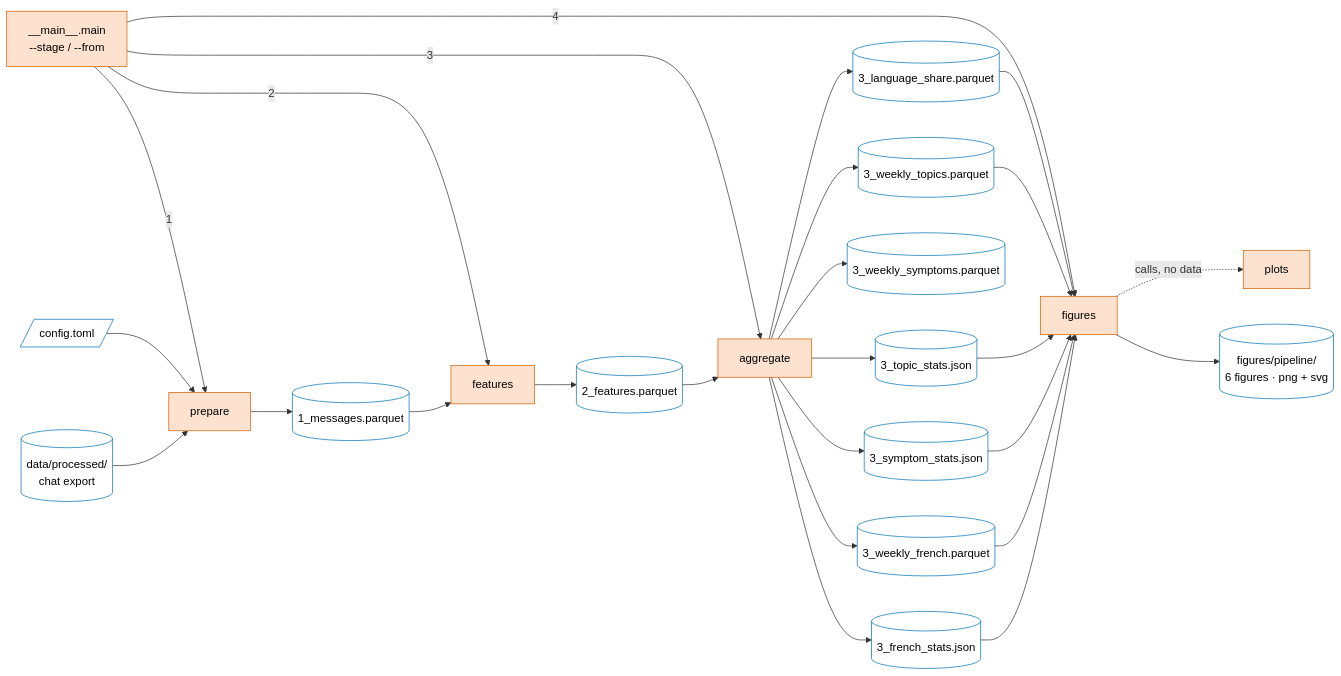
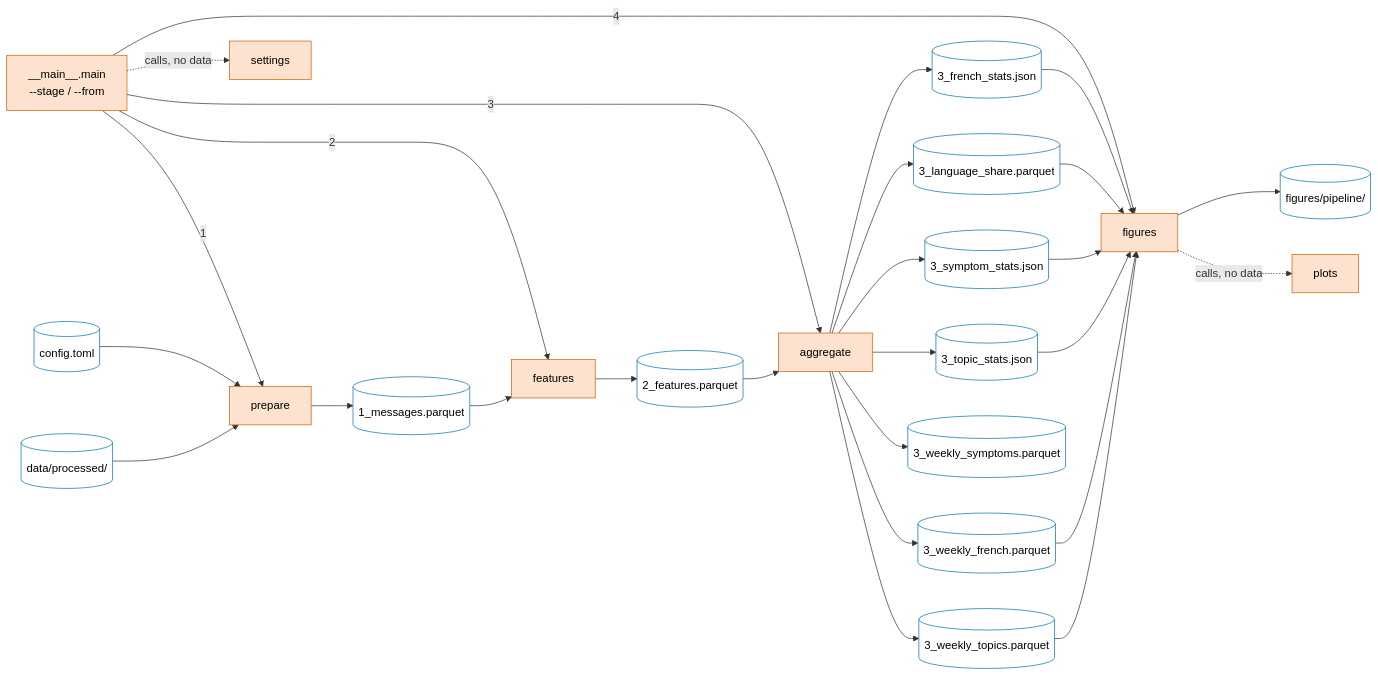
The second of 2 diagrams in roos_pipeline/README.md (RoosCocolien/MADS-DAV), drawn with Mermaid before and after one commit. The commit also changed other lines of this file and 3 other files, not shown here.

Commit message:
readme: automatically redraws atlas flowchart

````diff
--- a/roos_pipeline/README.md
+++ b/roos_pipeline/README.md
@@ -107,42 +108,54 @@
 ```mermaid
 flowchart LR
     main["__main__.main<br/>--stage / --from"]
-    cfg[/"config.toml"/]
-    raw[("data/processed/<br/>chat export")]
-
     prepare["prepare"]
     features["features"]
     aggregate["aggregate"]
     figures["figures"]
     plots["plots"]
-
-    m1[("1_messages.parquet")]
-    f2[("2_features.parquet")]
-    t_lang[("3_language_share.parquet")]
-    t_top[("3_weekly_topics.parquet")]
-    t_tstat[("3_topic_stats.json")]
-    t_sym[("3_weekly_symptoms.parquet")]
-    t_sstat[("3_symptom_stats.json")]
-    t_fr[("3_weekly_french.parquet")]
-    t_frstat[("3_french_stats.json")]
-    out[("figures/pipeline/<br/>6 figures · png + svg")]
+    settings["settings"]
+    p_config_toml[("config.toml")]
+    p_data_processed[("data/processed/")]
+    p_1_messages_parquet[("1_messages.parquet")]
+    p_2_features_parquet[("2_features.parquet")]
+    p_3_french_stats_json[("3_french_stats.json")]
+    p_3_language_share_parquet[("3_language_share.parquet")]
+    p_3_symptom_stats_json[("3_symptom_stats.json")]
+    p_3_topic_stats_json[("3_topic_stats.json")]
+    p_3_weekly_french_parquet[("3_weekly_french.parquet")]
+    p_3_weekly_symptoms_parquet[("3_weekly_symptoms.parquet")]
+    p_3_weekly_topics_parquet[("3_weekly_topics.parquet")]
+    p_figures_pipeline[("figures/pipeline/")]
 
     main -- "1" --> prepare
     main -- "2" --> features
     main -- "3" --> aggregate
     main -- "4" --> figures
-
-    cfg --> prepare
-    raw --> prepare --> m1
-    m1 --> features --> f2
-    f2 --> aggregate
-    aggregate --> t_lang & t_top & t_tstat & t_sym & t_sstat & t_fr & t_frstat
-    t_lang & t_top & t_tstat & t_sstat & t_fr & t_frstat --> figures
+    p_config_toml --> prepare
+    p_data_processed --> prepare
+    prepare --> p_1_messages_parquet
+    p_1_messages_parquet --> features
+    features --> p_2_features_parquet
+    p_2_features_parquet --> aggregate
+    aggregate --> p_3_french_stats_json
+    aggregate --> p_3_language_share_parquet
+    aggregate --> p_3_symptom_stats_json
+    aggregate --> p_3_topic_stats_json
+    aggregate --> p_3_weekly_french_parquet
+    aggregate --> p_3_weekly_symptoms_parquet
+    aggregate --> p_3_weekly_topics_parquet
+    p_3_french_stats_json --> figures
+    p_3_language_share_parquet --> figures
+    p_3_symptom_stats_json --> figures
+    p_3_topic_stats_json --> figures
+    p_3_weekly_french_parquet --> figures
+    p_3_weekly_topics_parquet --> figures
+    figures --> p_figures_pipeline
     figures -. "calls, no data" .-> plots
-    figures --> out
+    main -. "calls, no data" .-> settings
 
     classDef code fill:#fde3cf,stroke:#D55E00,color:#000
     classDef file fill:#fff,stroke:#0072B2,color:#000
-    class main,prepare,features,aggregate,figures,plots code
-    class cfg,raw,m1,f2,t_lang,t_top,t_tstat,t_sym,t_sstat,t_fr,t_frstat,out file
+    class main,prepare,features,aggregate,figures,plots,settings code
+    class p_config_toml,p_data_processed,p_1_messages_parquet,p_2_features_parquet,p_3_french_stats_json,p_3_language_share_parquet,p_3_symptom_stats_json,p_3_topic_stats_json,p_3_weekly_french_parquet,p_3_weekly_symptoms_parquet,p_3_weekly_topics_parquet,p_figures_pipeline file
 ```
````
